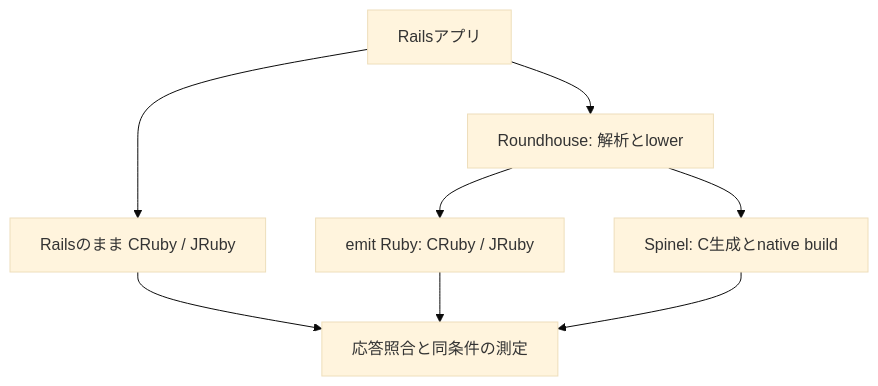
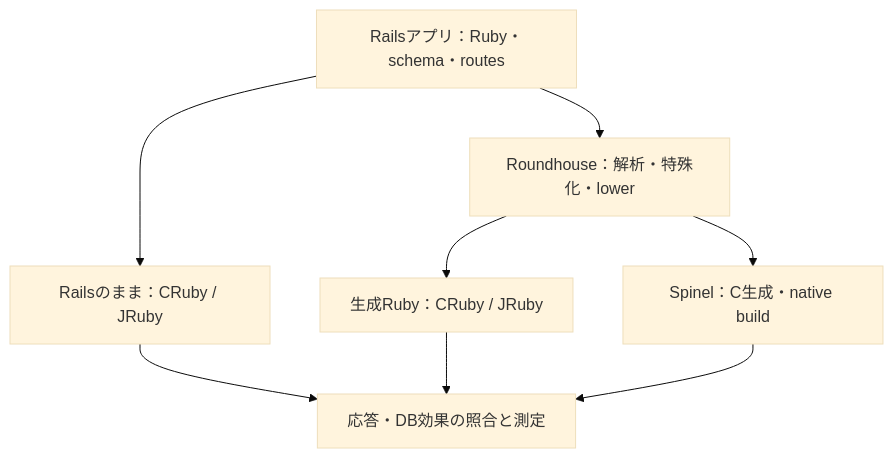
One commit to koduki/example-rails-aot changed the first of 2 diagrams in docs/roundhouse-rails-jit-aot-report.md. Above: the diagram before and after it, drawn with Mermaid (base theme). The commit also changed other lines of this file and 20 other files, not shown here.

````diff
--- a/docs/roundhouse-rails-jit-aot-report.md
+++ b/docs/roundhouse-rails-jit-aot-report.md
@@ -25,10 +61,10 @@
 ```mermaid
 flowchart TD
-    A["Railsアプリ"] --> B["Railsのまま CRuby / JRuby"]
-    A --> C["Roundhouse: 解析とlower"]
-    C --> D["emit Ruby: CRuby / JRuby"]
-    C --> E["Spinel: C生成とnative build"]
-    B --> F["応答照合と同条件の測定"]
-    D --> F
-    E --> F
+  A["Railsアプリ：Ruby・schema・routes"] --> B["Railsのまま：CRuby / JRuby"]
+  A --> C["Roundhouse：解析・特殊化・lower"]
+  C --> D["生成Ruby：CRuby / JRuby"]
+  C --> E["Spinel：C生成・native build"]
+  B --> F["応答・DB効果の照合と測定"]
+  D --> F
+  E --> F
 ```
````
